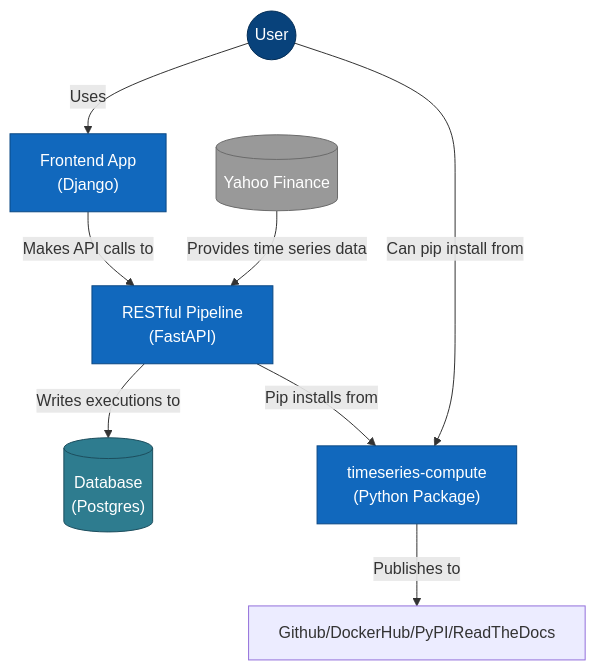
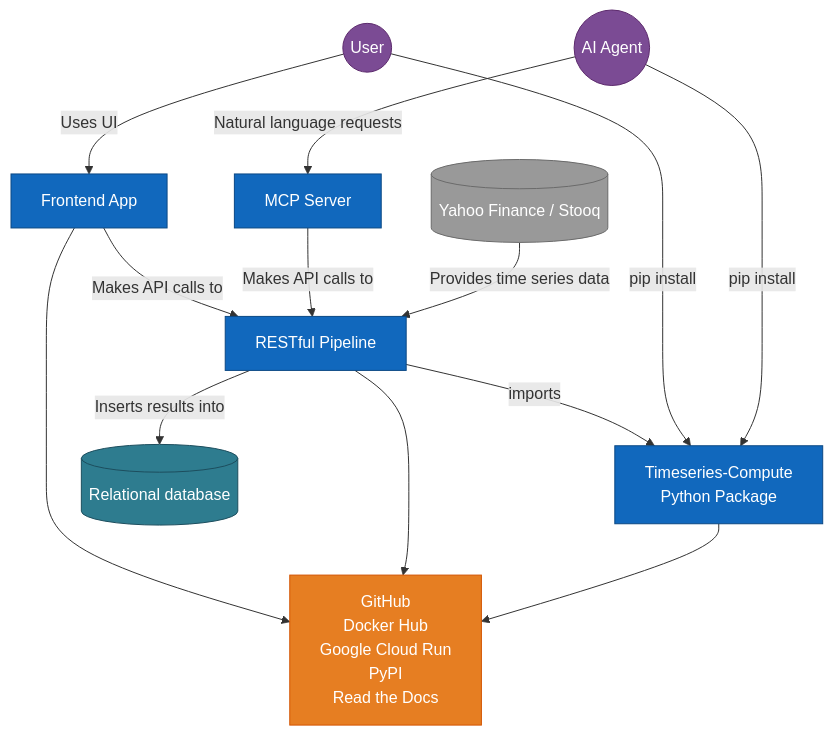
Before and after one commit to garthmortensen/timeseries-compute: the first of 5 diagrams in README.md, drawn with Mermaid. The commit also changed other lines of this file and 1 other file, not shown here.

Commit message:
Docs: improve integration mermaid

````diff
--- a/README.md
+++ b/README.md
@@ -47,35 +47,51 @@
 ```mermaid
 flowchart TB
     %% Styling
-    classDef person fill:#08427B,color:#fff,stroke:#052E56,stroke-width:1px
+    classDef person fill:#7B4B94,color:#fff,stroke:#5D2B6D,stroke-width:1px
+    classDef agent fill:#7B4B94,color:#fff,stroke:#5D2B6D,stroke-width:1px
     classDef system fill:#1168BD,color:#fff,stroke:#0B4884,stroke-width:1px
     classDef external fill:#999999,color:#fff,stroke:#6B6B6B,stroke-width:1px
     classDef database fill:#2E7C8F,color:#fff,stroke:#1D4E5E,stroke-width:1px
+    classDef publishing fill:#E67E22,color:#fff,stroke:#D35400,stroke-width:1px
     
     %% Actors and Systems
     User((User)):::person
+    AIAgent((AI Agent)):::agent
     
     %% Main Systems
-    TimeSeriesFrontend["Frontend App
-    (Django)"]:::system
-    TimeSeriesPipeline["RESTful Pipeline
-    (FastAPI)"]:::system
-    TimeseriesCompute["timeseries-compute
-    (Python Package)"]:::system
+    TimeSeriesFrontend["Frontend App"]:::system
+    TimeSeriesPipeline["RESTful Pipeline"]:::system
+    MCPServer["MCP Server"]:::system
+    TimeseriesCompute["Timeseries-Compute 
+    Python Package"]:::system
     
     %% Database
-    TimeSeriesDB[("Database
-    (Postgres)")]:::database
+    TimeSeriesDB[("Relational database")]:::database
     
     %% External Systems
-    ExternalDataSource[(Yahoo Finance)]:::external
+    ExternalDataSource[(Yahoo Finance / Stooq)]:::external
+    
+    %% Publishing Platforms
+    PublishingPlatforms["
+    GitHub
+    Docker Hub
+    Google Cloud Run
+    PyPI
+    Read the Docs"]:::publishing
     
     %% Relationships
-    User -- "Uses" --> TimeSeriesFrontend
+    User -- "Uses UI" --> TimeSeriesFrontend
+    AIAgent -- "Natural language requests" --> MCPServer
     TimeSeriesFrontend -- "Makes API calls to" --> TimeSeriesPipeline
-    TimeSeriesPipeline -- "Writes executions to" --> TimeSeriesDB
-    TimeSeriesPipeline -- "Pip installs from" --> TimeseriesCompute
-    User -- "Can pip install from" --> TimeseriesCompute
+    MCPServer -- "Makes API calls to" --> TimeSeriesPipeline
+    TimeSeriesPipeline -- "Inserts results into" --> TimeSeriesDB
+    TimeSeriesPipeline -- "imports" --> TimeseriesCompute
+    User -- "pip install" --> TimeseriesCompute
+    AIAgent -- "pip install" --> TimeseriesCompute
     ExternalDataSource -- "Provides time series data" --> TimeSeriesPipeline
-    TimeseriesCompute -- "Publishes to" --> Github/DockerHub/PyPI/ReadTheDocs
+    
+    %% Publishing relationships (simplified)
+    TimeSeriesFrontend  --> PublishingPlatforms
+    TimeSeriesPipeline --> PublishingPlatforms
+    TimeseriesCompute --> PublishingPlatforms
 ```
````
